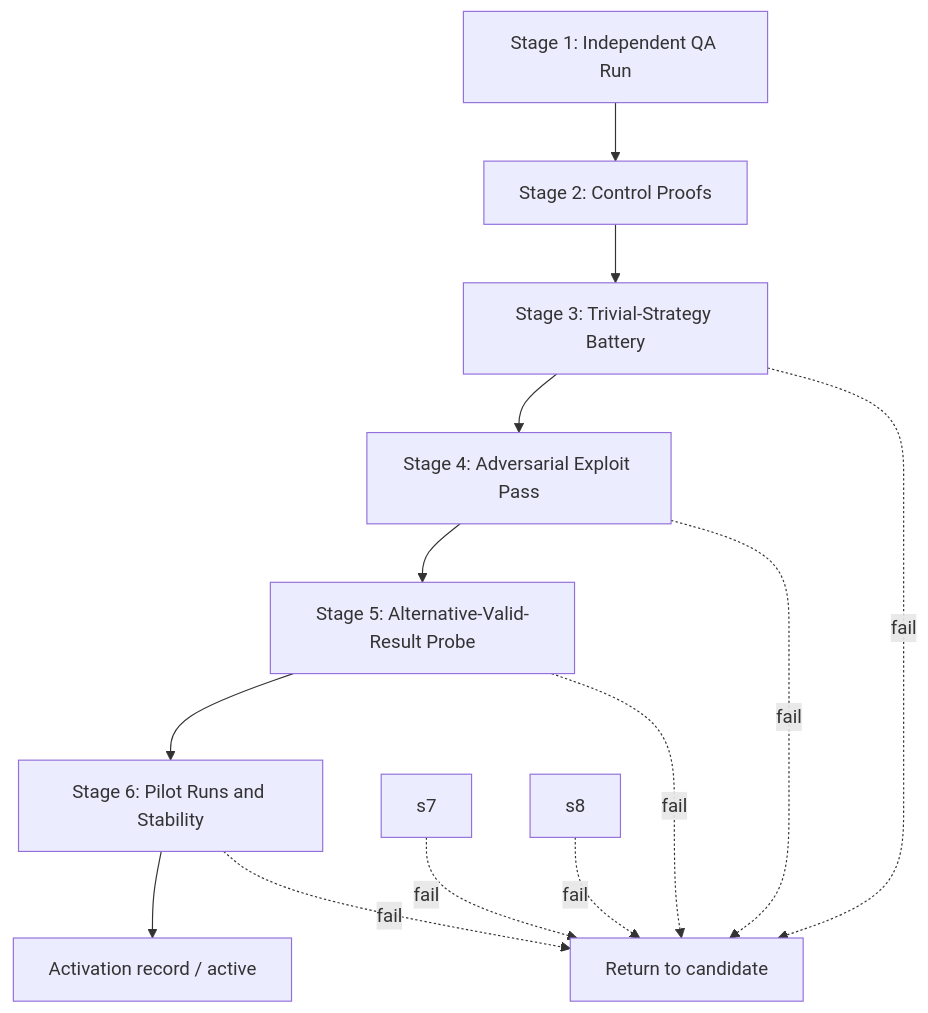
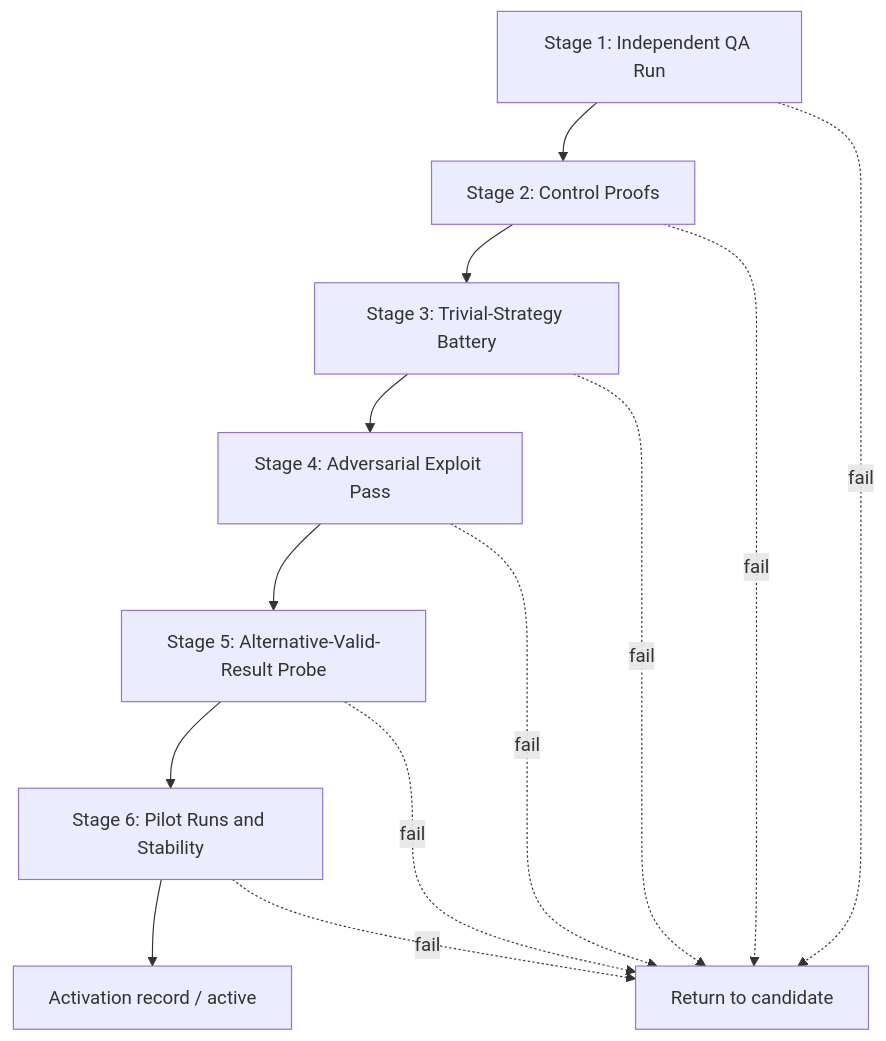
Before and after one commit to mingazhev/agent-evals-standard: the diagram in standard/case-qa-playbook.md, drawn with Mermaid. The commit also changed 15 other files, not shown here.

````diff
--- a/standard/case-qa-playbook.md
+++ b/standard/case-qa-playbook.md
@@ -28,17 +28,17 @@
 ```mermaid
 flowchart TD
   s1[Stage 1: Independent QA Run]
   s1 --> s2[Stage 2: Control Proofs]
   s2 --> s3[Stage 3: Trivial-Strategy Battery]
   s3 --> s4[Stage 4: Adversarial Exploit Pass]
   s4 --> s5[Stage 5: Alternative-Valid-Result Probe]
   s5 --> s6[Stage 6: Pilot Runs and Stability]
   s6 --> active[Activation record / active]
 
-  s3 -.->|fail| cand[Return to candidate]
+  s1 -.->|fail| cand[Return to candidate]
+  s2 -.->|fail| cand
+  s3 -.->|fail| cand
   s4 -.->|fail| cand
   s5 -.->|fail| cand
   s6 -.->|fail| cand
-  s7 -.->|fail| cand
-  s8 -.->|fail| cand
 ```
````
